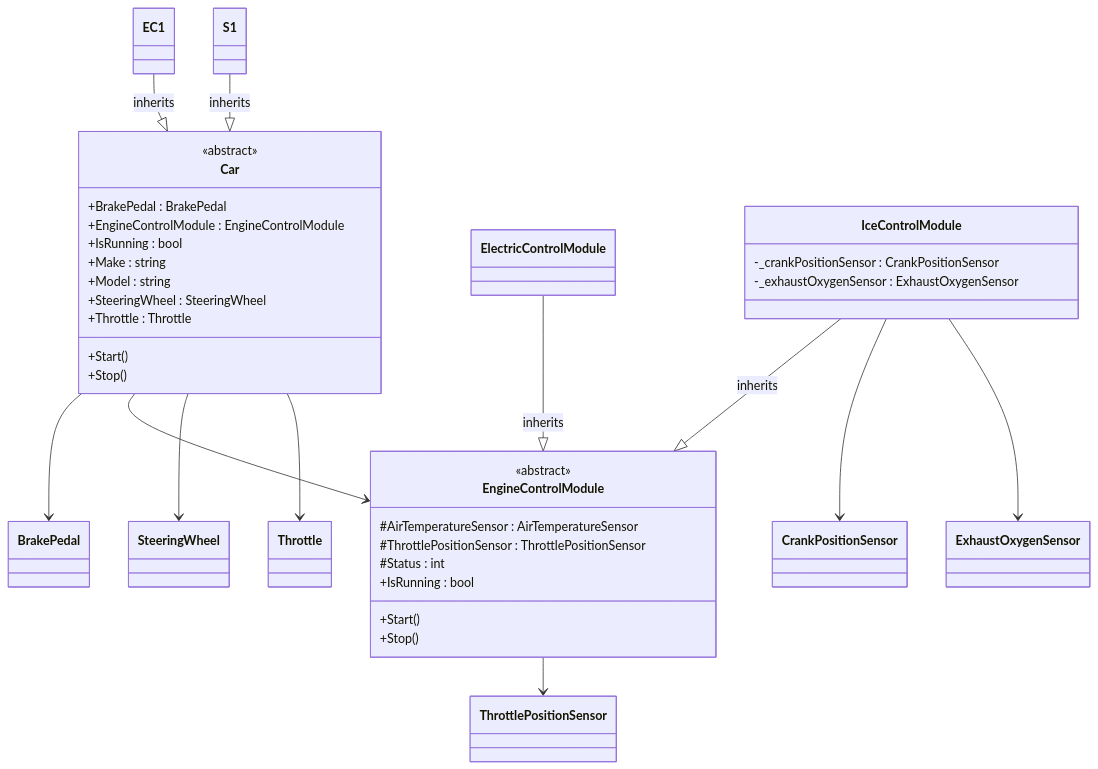
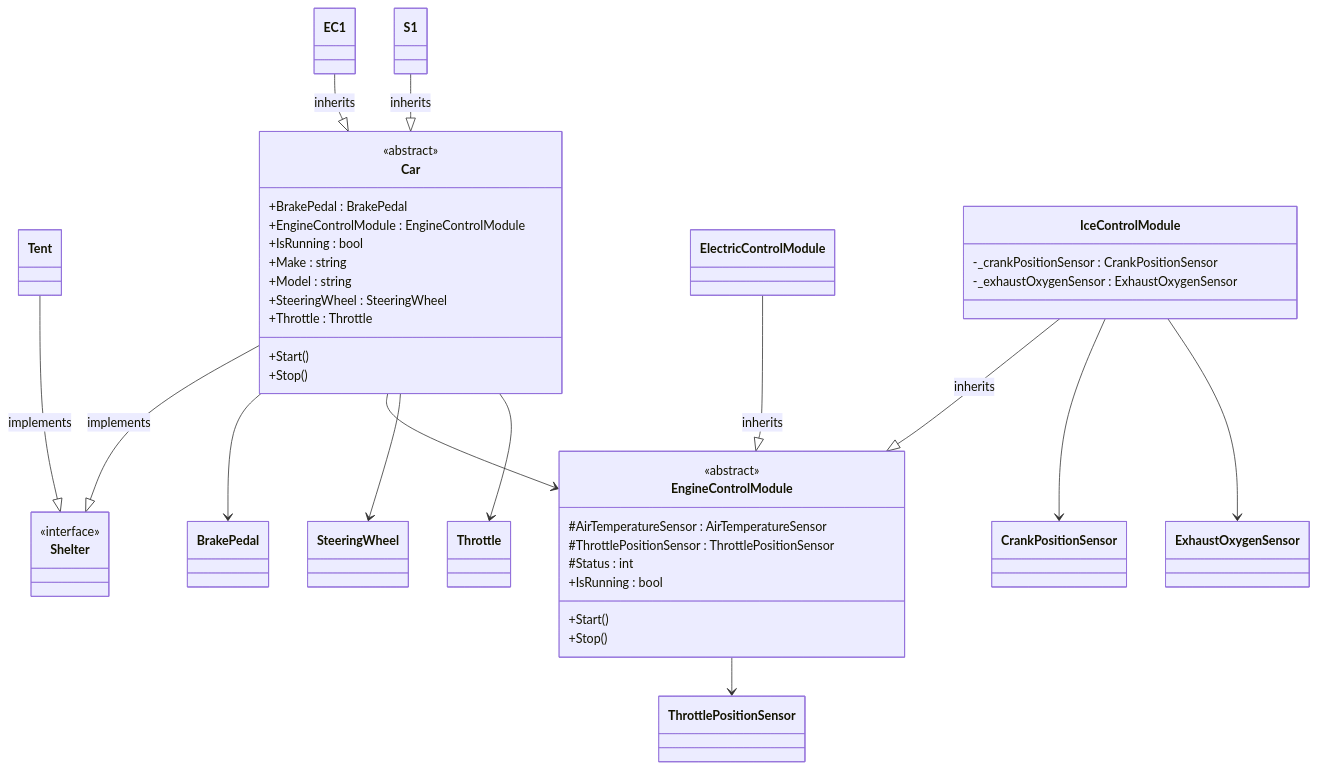
The diagram in 03-pillars.md (MelGrubb/ps-oo-cs10), drawn with Mermaid before and after one commit.

Commit message:
03-pillars-end

````diff
--- a/03-pillars.md
+++ b/03-pillars.md
@@ -7,50 +7,59 @@
 ```mermaid
 classDiagram
+	class Shelter {
+		<<interface>>
+	}
+
+	class Tent {
+	}
+	Tent --|> Shelter : implements
+
 	class EC1 {
 	}
 	EC1 --|> Car : inherits
 
 	class S1 {
 	}
 	S1 --|> Car : inherits
 
 	class Car {
 		<<abstract>>
 		+BrakePedal : BrakePedal
 		+EngineControlModule : EngineControlModule
 		+IsRunning : bool
 		+Make : string
 		+Model : string
 		+SteeringWheel : SteeringWheel
 		+Throttle : Throttle
 		+Start()
 		+Stop()
 	}
+	Car --|> Shelter : implements
 	Car --> BrakePedal
 	Car --> EngineControlModule
 	Car --> SteeringWheel
 	Car --> Throttle
 
 	class ElectricControlModule {
 	}
 	ElectricControlModule --|> EngineControlModule : inherits
 
 	class IceControlModule {
 		-_crankPositionSensor : CrankPositionSensor
 		-_exhaustOxygenSensor : ExhaustOxygenSensor
 	}
 	IceControlModule --|> EngineControlModule : inherits
 	IceControlModule --> CrankPositionSensor
 	IceControlModule --> ExhaustOxygenSensor
 
 	class EngineControlModule {
 		<<abstract>>
 		#AirTemperatureSensor : AirTemperatureSensor
 		#ThrottlePositionSensor : ThrottlePositionSensor
 		#Status : int
 		+IsRunning : bool
 		+Start()
 		+Stop()
 	}
 	EngineControlModule --> ThrottlePositionSensor
 ```
````
